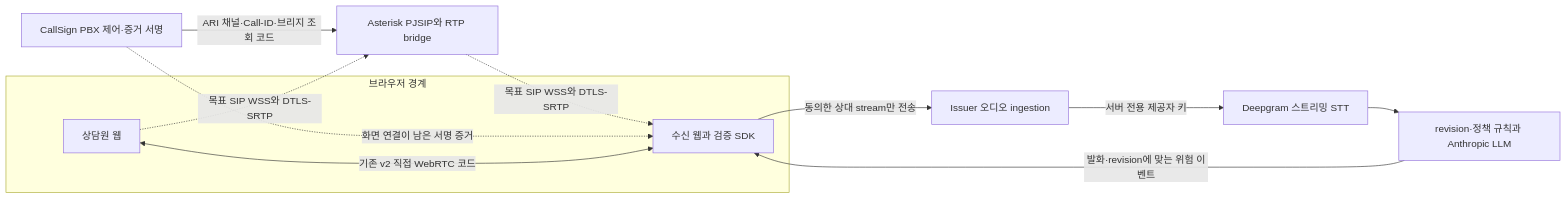
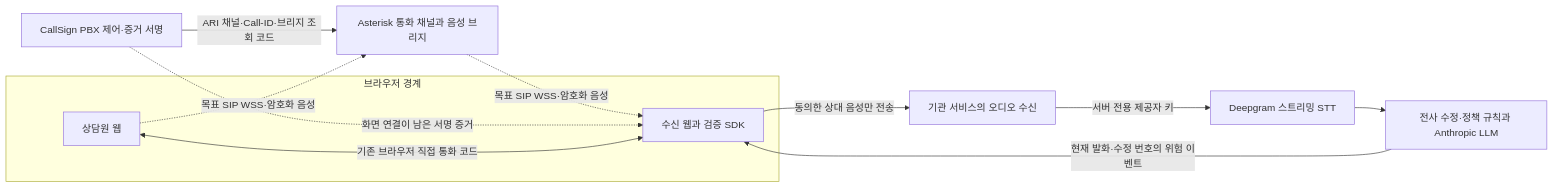
Before and after one commit to 0u-Y/CallSign: the diagram in docs/guide/02-ARCHITECTURE.md, drawn with Mermaid. The commit also changed other lines of this file and 20 other files, not shown here.

````diff
--- a/docs/guide/02-ARCHITECTURE.md
+++ b/docs/guide/02-ARCHITECTURE.md
@@ -25,21 +25,21 @@
 ```mermaid
 flowchart LR
   subgraph clients[브라우저 경계]
     AG[상담원 웹]
     RE[수신 웹과 검증 SDK]
   end
-  AST[Asterisk PJSIP와 RTP bridge]
+  AST[Asterisk 통화 채널과 음성 브리지]
   CTRL[CallSign PBX 제어·증거 서명]
-  API[Issuer 오디오 ingestion]
+  API[기관 서비스의 오디오 수신]
   STT[Deepgram 스트리밍 STT]
-  ANA[revision·정책 규칙과 Anthropic LLM]
-  AG -. 목표 SIP WSS와 DTLS-SRTP .-> AST
-  AST -. 목표 SIP WSS와 DTLS-SRTP .-> RE
+  ANA[전사 수정·정책 규칙과 Anthropic LLM]
+  AG -. 목표 SIP WSS·암호화 음성 .-> AST
+  AST -. 목표 SIP WSS·암호화 음성 .-> RE
   CTRL -->|ARI 채널·Call-ID·브리지 조회 코드| AST
   CTRL -. 화면 연결이 남은 서명 증거 .-> RE
-  AG <-->|기존 v2 직접 WebRTC 코드| RE
-  RE -->|동의한 상대 stream만 전송| API
+  AG <-->|기존 브라우저 직접 통화 코드| RE
+  RE -->|동의한 상대 음성만 전송| API
   API -->|서버 전용 제공자 키| STT
   STT --> ANA
-  ANA -->|발화·revision에 맞는 위험 이벤트| RE
+  ANA -->|현재 발화·수정 번호의 위험 이벤트| RE
 ```
````
